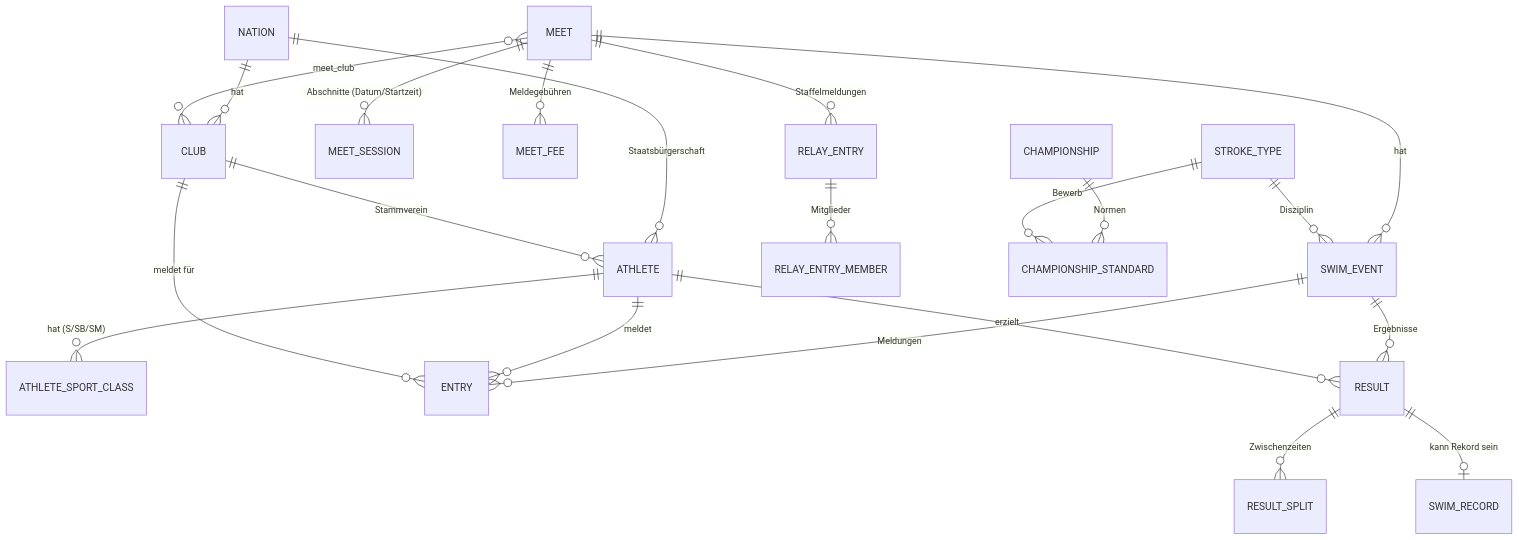
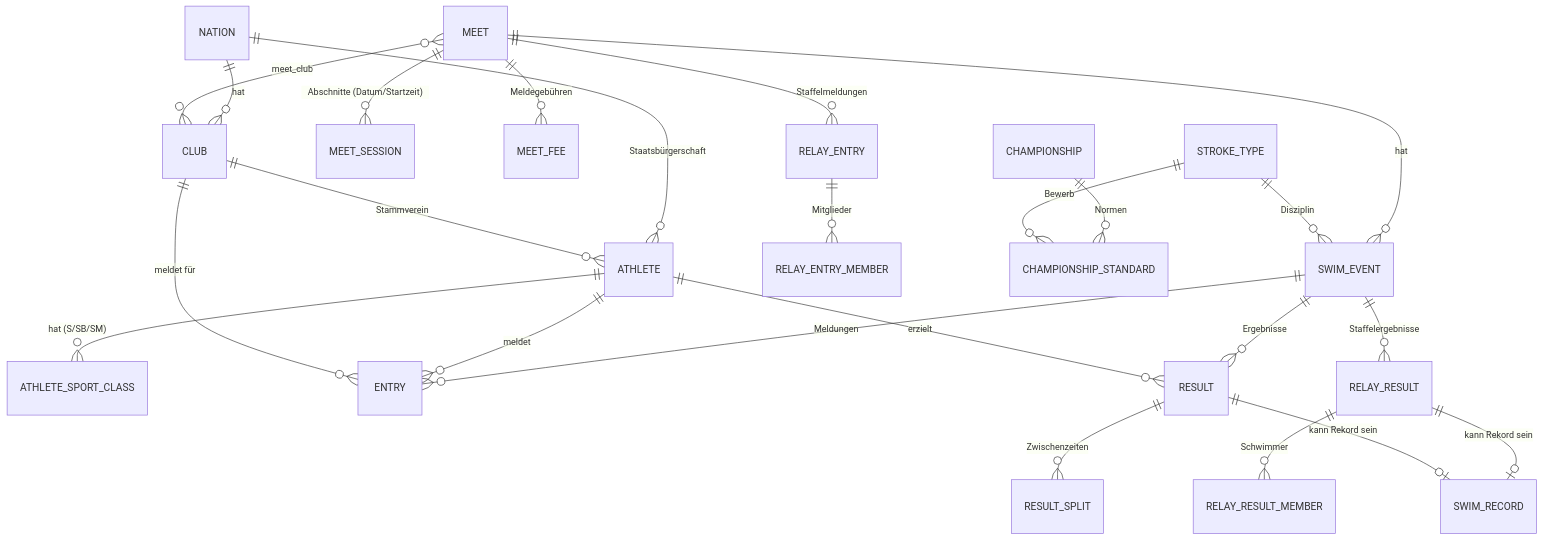
The diagram in docs/data-model.md (urshar/para-swimming), drawn with Mermaid before and after one commit. The commit also changed other lines of this file and 28 other files, not shown here.

````diff
--- a/docs/data-model.md
+++ b/docs/data-model.md
@@ -22,23 +22,26 @@
 ```mermaid
 erDiagram
     NATION ||--o{ CLUB: "hat"
     NATION ||--o{ ATHLETE: "Staatsbürgerschaft"
     CLUB ||--o{ ATHLETE: "Stammverein"
     ATHLETE ||--o{ ATHLETE_SPORT_CLASS: "hat (S/SB/SM)"
     MEET ||--o{ SWIM_EVENT: "hat"
     MEET ||--o{ MEET_SESSION: "Abschnitte (Datum/Startzeit)"
     MEET ||--o{ MEET_FEE: "Meldegebühren"
     MEET }o--o{ CLUB: "meet_club"
     SWIM_EVENT ||--o{ ENTRY: "Meldungen"
     SWIM_EVENT ||--o{ RESULT: "Ergebnisse"
     ATHLETE ||--o{ ENTRY: "meldet"
     ATHLETE ||--o{ RESULT: "erzielt"
     CLUB ||--o{ ENTRY: "meldet für"
     RESULT ||--o{ RESULT_SPLIT: "Zwischenzeiten"
     MEET ||--o{ RELAY_ENTRY: "Staffelmeldungen"
     RELAY_ENTRY ||--o{ RELAY_ENTRY_MEMBER: "Mitglieder"
+    SWIM_EVENT ||--o{ RELAY_RESULT: "Staffelergebnisse"
+    RELAY_RESULT ||--o{ RELAY_RESULT_MEMBER: "Schwimmer"
+    RELAY_RESULT ||--o| SWIM_RECORD: "kann Rekord sein"
     STROKE_TYPE ||--o{ SWIM_EVENT: "Disziplin"
     RESULT ||--o| SWIM_RECORD: "kann Rekord sein"
     CHAMPIONSHIP ||--o{ CHAMPIONSHIP_STANDARD: "Normen"
     STROKE_TYPE ||--o{ CHAMPIONSHIP_STANDARD: "Bewerb"
 ```
````
